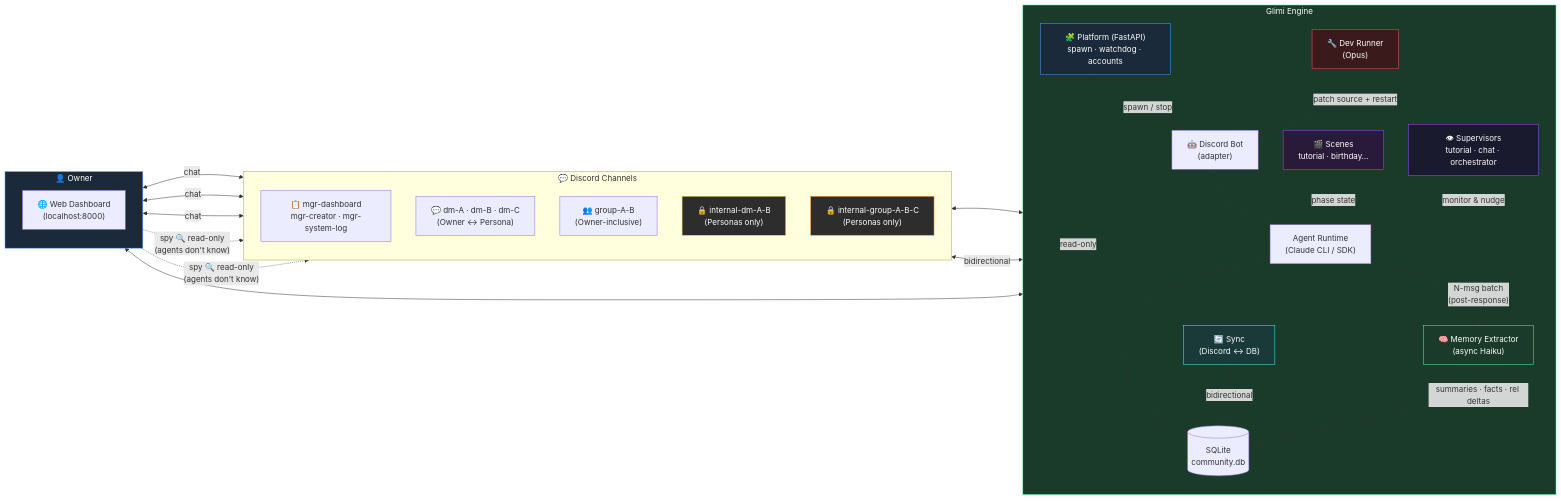
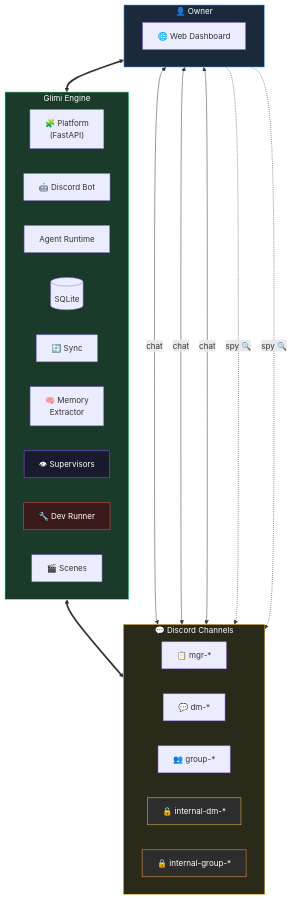
One commit to je-empty/Glimi changed the first of 7 diagrams in README.md. Above: the diagram before and after it, drawn with Mermaid. The commit also changed other lines of this file and 2 other files, not shown here.

First line of the commit message:
docs: README 톤 정돈 + long-form blog 분리 + mermaid 레이아웃 정리

````diff
--- a/README.md
+++ b/README.md
@@ -13,56 +13,41 @@
 ```mermaid
-flowchart LR
+flowchart TB
     subgraph Owner["👤 Owner"]
-        direction TB
-        Browser["🌐 Web Dashboard<br/>(localhost:8000)"]
+        Browser["🌐 Web Dashboard"]
     end
 
     subgraph Engine["Glimi Engine"]
-        direction TB
-        Plat["🧩 Platform (FastAPI)<br/>spawn · watchdog · accounts"]
-        Bot["🤖 Discord Bot<br/>(adapter)"]
-        Runtime["Agent Runtime<br/>(Claude CLI / SDK)"]
-        Scenes["🎬 Scenes<br/>tutorial · birthday…"]
-        Memory["🧠 Memory Extractor<br/>(async Haiku)"]
-        DB[("SQLite<br/>community.db")]
-        Sync["🔄 Sync<br/>(Discord ↔ DB)"]
-        DevRunner["🔧 Dev Runner<br/>(Opus)"]
-        Sups["👁 Supervisors<br/>tutorial · chat · orchestrator"]
+        direction LR
+        Plat["🧩 Platform<br/>(FastAPI)"]
+        Bot["🤖 Discord Bot"]
+        Runtime["Agent Runtime"]
+        DB[("SQLite")]
+        Sync["🔄 Sync"]
+        Memory["🧠 Memory<br/>Extractor"]
+        Sups["👁 Supervisors"]
+        DevRunner["🔧 Dev Runner"]
+        Scenes["🎬 Scenes"]
     end
 
     subgraph Discord["💬 Discord Channels"]
-        direction TB
-        Mgr["📋 mgr-dashboard<br/>mgr-creator · mgr-system-log"]
-        DM["💬 dm-A · dm-B · dm-C<br/>(Owner ↔ Persona)"]
-        Grp["👥 group-A-B<br/>(Owner-inclusive)"]
-        SecDM["🔒 internal-dm-A-B<br/>(Personas only)"]
-        SecGrp["🔒 internal-group-A-B-C<br/>(Personas only)"]
+        direction LR
+        Mgr["📋 mgr-*"]
+        DM["💬 dm-*"]
+        Grp["👥 group-*"]
+        SecDM["🔒 internal-dm-*"]
+        SecGrp["🔒 internal-group-*"]
     end
 
-    Browser <--> Plat
-    Plat -->|"spawn / stop"| Bot
-    Plat -. "read-only" .-> DB
-
-    Owner <-->|"chat"| Mgr & DM & Grp
-    Owner -. "spy 🔍 read-only<br/>(agents don't know)" .-> SecDM & SecGrp
-    Discord <--> Bot
-    Bot <--> Runtime
-    Runtime <--> DB
-    Scenes -. "phase state" .- Runtime
-    Sync <-->|"bidirectional"| DB & Discord
-    DevRunner -->|"patch source + restart"| Bot
-    Sups -. "monitor & nudge" .-> Runtime
-    Runtime -->|"N-msg batch<br/>(post-response)"| Memory
-    Memory -->|"summaries · facts · rel deltas"| DB
+    Owner <==> Engine
+    Engine <==> Discord
+    Owner <-->|chat| Mgr & DM & Grp
+    Owner -. "spy 🔍" .-> SecDM & SecGrp
 
     style Owner fill:#1a2a3a,stroke:#4a9eff,color:#fff
     style Engine fill:#1a3a2a,stroke:#4aff9e,color:#fff
-    style Plat fill:#1a2a3a,stroke:#4a9eff,color:#fff
-    style Scenes fill:#2a1a3a,stroke:#9a4aff,color:#fff
-    style Memory fill:#1a3a2a,stroke:#4aff9e,color:#fff
-    style Sync fill:#1a3a3a,stroke:#4af5f5,color:#fff
+    style Discord fill:#2a2a1a,stroke:#f5c542,color:#fff
+    style SecDM fill:#2d2d2d,stroke:#f5c542,color:#fff
+    style SecGrp fill:#2d2d2d,stroke:#f5a142,color:#fff
     style Sups fill:#1a1a2e,stroke:#9a4aff,color:#fff
     style DevRunner fill:#3a1a1a,stroke:#ff4a4a,color:#fff
-    style SecDM fill:#2d2d2d,stroke:#f5c542,color:#fff
-    style SecGrp fill:#2d2d2d,stroke:#f5a142,color:#fff
 ```
````
